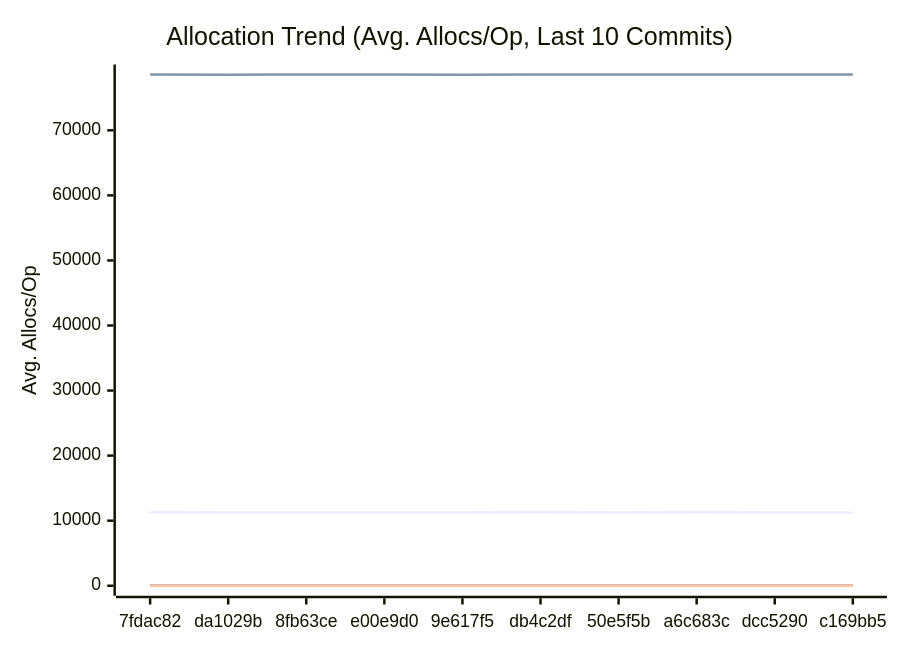
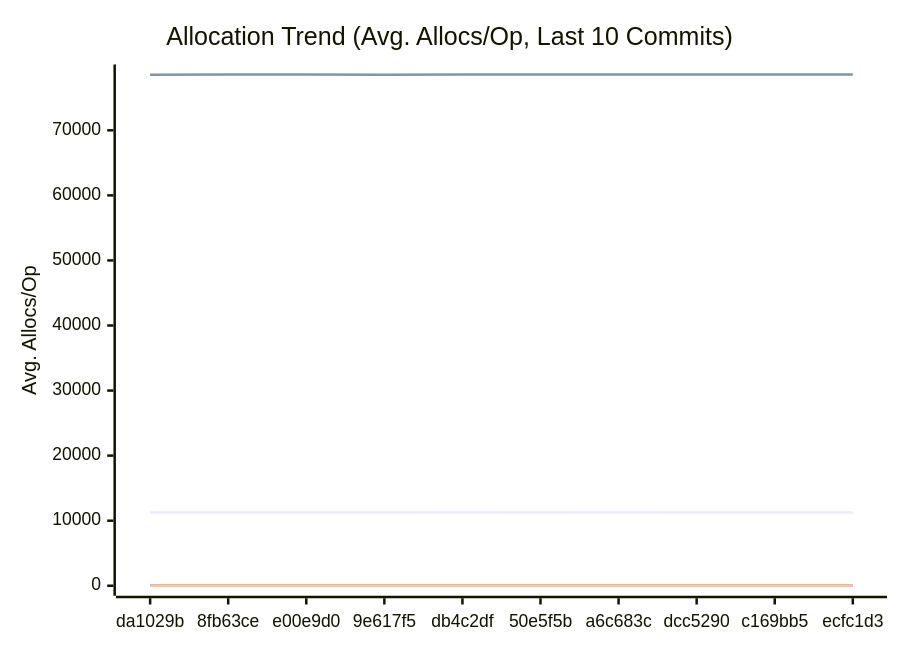
One commit to alsotoes/momo changed the third of 3 diagrams in docs/PERFORMANCE.md. Above: the diagram before and after it, drawn with Mermaid. The commit also changed other lines of this file and 4 other files, not shown here.

````diff
--- a/docs/PERFORMANCE.md
+++ b/docs/PERFORMANCE.md
@@ -197,20 +197,20 @@
 ```mermaid
 xychart-beta
     title "Allocation Trend (Avg. Allocs/Op, Last 10 Commits)"
     x-axis "Commit"
     y-axis "Avg. Allocs/Op"
-    x-axis [7fdac82,da1029b,8fb63ce,e00e9d0,9e617f5,db4c2df,50e5f5b,a6c683c,dcc5290,c169bb5]
-    line "AWSChunkedReaderSigned" [11292,11270,11274,11274,11275,11292,11274,11284,11270,11276]
-    line "AWSChunkedReaderUnsigned" [78560,78555,78563,78570,78558,78578,78566,78561,78559,78564]
+    x-axis [da1029b,8fb63ce,e00e9d0,9e617f5,db4c2df,50e5f5b,a6c683c,dcc5290,c169bb5,ecfc1d3]
+    line "AWSChunkedReaderSigned" [11270,11274,11274,11275,11292,11274,11284,11270,11276,11273]
+    line "AWSChunkedReaderUnsigned" [78555,78563,78570,78558,78578,78566,78561,78559,78564,78563]
     line "CheckMetricsAndSwap" [0,0,0,0,0,0,0,0,0,0]
     line "CrushOptimized" [0,0,0,0,0,0,0,0,0,0]
     line "CrushOriginal" [3,3,3,3,3,3,3,3,3,3]
     line "IndexDirectTracking" [0,0,0,0,0,0,0,0,0,0]
     line "IndexSearch" [0,0,0,0,0,0,0,0,0,0]
     line "LoadGlobalConfig" [54,54,54,54,54,54,54,54,54,54]
     line "PadString" [1,1,1,1,1,1,1,1,1,1]
     line "ParseReplicationOrder_NoPrealloc" [6,6,6,6,6,5,5,5,5,5]
     line "ParseReplicationOrder_Prealloc" [2,2,2,2,2,1,1,1,1,1]
     line "SanitizeLog/Safe" [0,0,0,0,0,0,0,0,0,0]
     line "SanitizeLog/Unsafe" [1,1,1,1,1,1,1,1,1,1]
 ```
````
